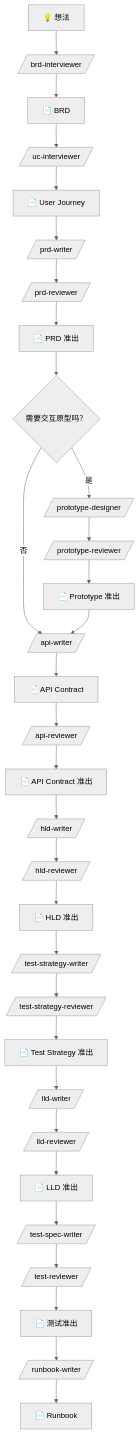
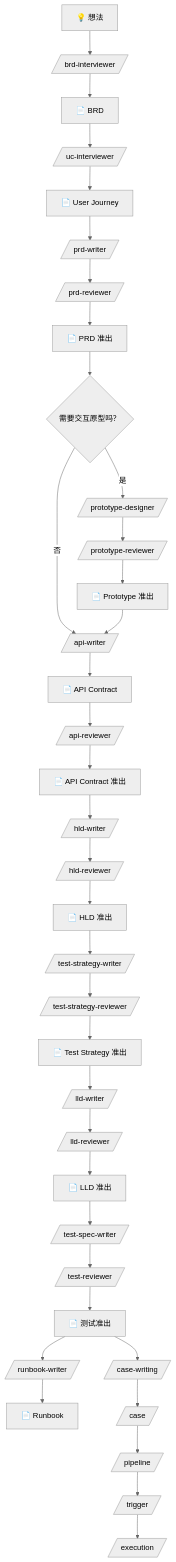
One commit to walternater/testany-agent-skills changed the first of 3 diagrams in plugins/testany-eng/README.md. Above: the diagram before and after it, drawn with Mermaid (neutral theme). The commit also changed other lines of this file and 39 other files, not shown here.

````diff
--- a/plugins/testany-eng/README.md
+++ b/plugins/testany-eng/README.md
@@ -52,34 +52,39 @@
 ```mermaid
 flowchart TD
     A[💡 想法] --> B[/brd-interviewer/]
     B --> C[📄 BRD]
     C --> D[/uc-interviewer/]
     D --> E[📄 User Journey]
     E --> G[/prd-writer/]
     G --> I[/prd-reviewer/]
     I --> J[📄 PRD 准出]
 
     J --> K{需要交互原型吗？}
     K -->|是| L[/prototype-designer/]
     L --> M[/prototype-reviewer/]
     M --> N[📄 Prototype 准出]
     K -->|否| O[/api-writer/]
     N --> O
     O --> P[📄 API Contract]
     P --> Q[/api-reviewer/]
     Q --> R[📄 API Contract 准出]
     R --> S[/hld-writer/]
     S --> T[/hld-reviewer/]
     T --> U[📄 HLD 准出]
     U --> V[/test-strategy-writer/]
     V --> W[/test-strategy-reviewer/]
     W --> X[📄 Test Strategy 准出]
     X --> Y[/lld-writer/]
     Y --> Z[/lld-reviewer/]
     Z --> AA[📄 LLD 准出]
     AA --> AB[/test-spec-writer/]
     AB --> AC[/test-reviewer/]
     AC --> AD[📄 测试准出]
     AD --> AE[/runbook-writer/]
     AE --> AF[📄 Runbook]
+    AD --> AG[/case-writing/]
+    AG --> AH[/case/]
+    AH --> AI[/pipeline/]
+    AI --> AJ[/trigger/]
+    AJ --> AK[/execution/]
 ```
````
